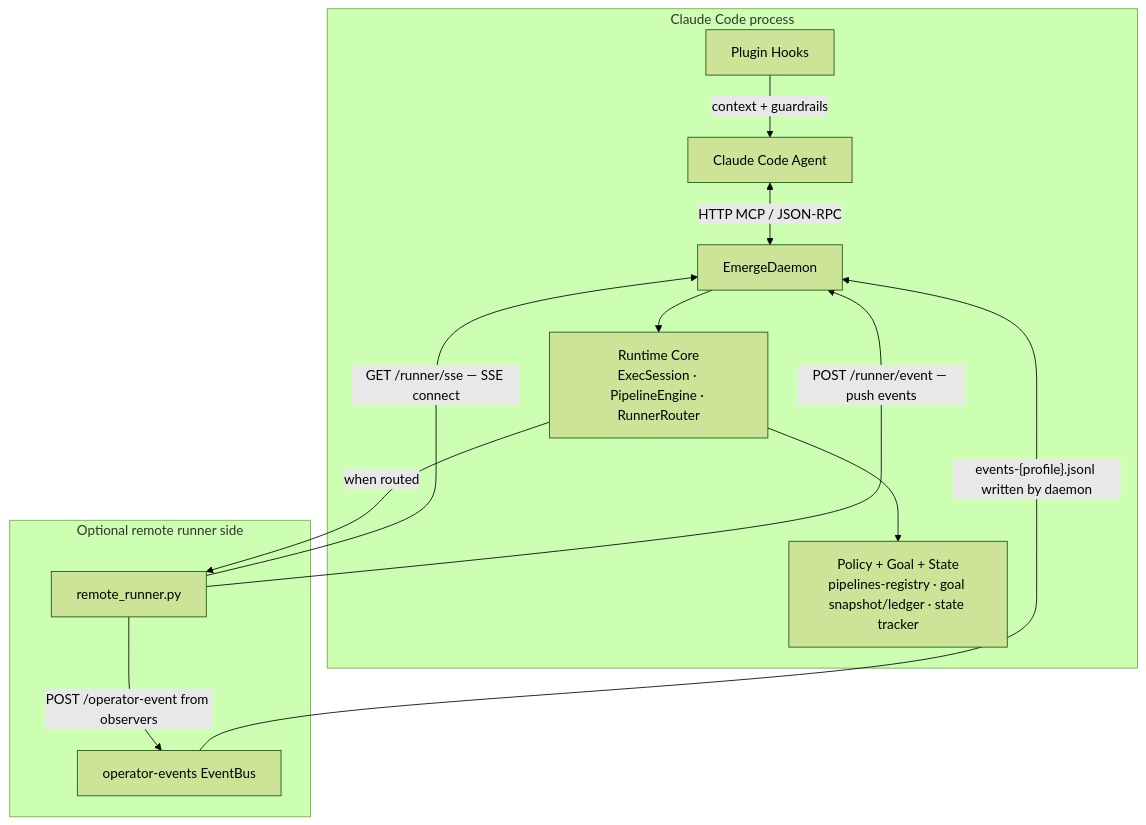
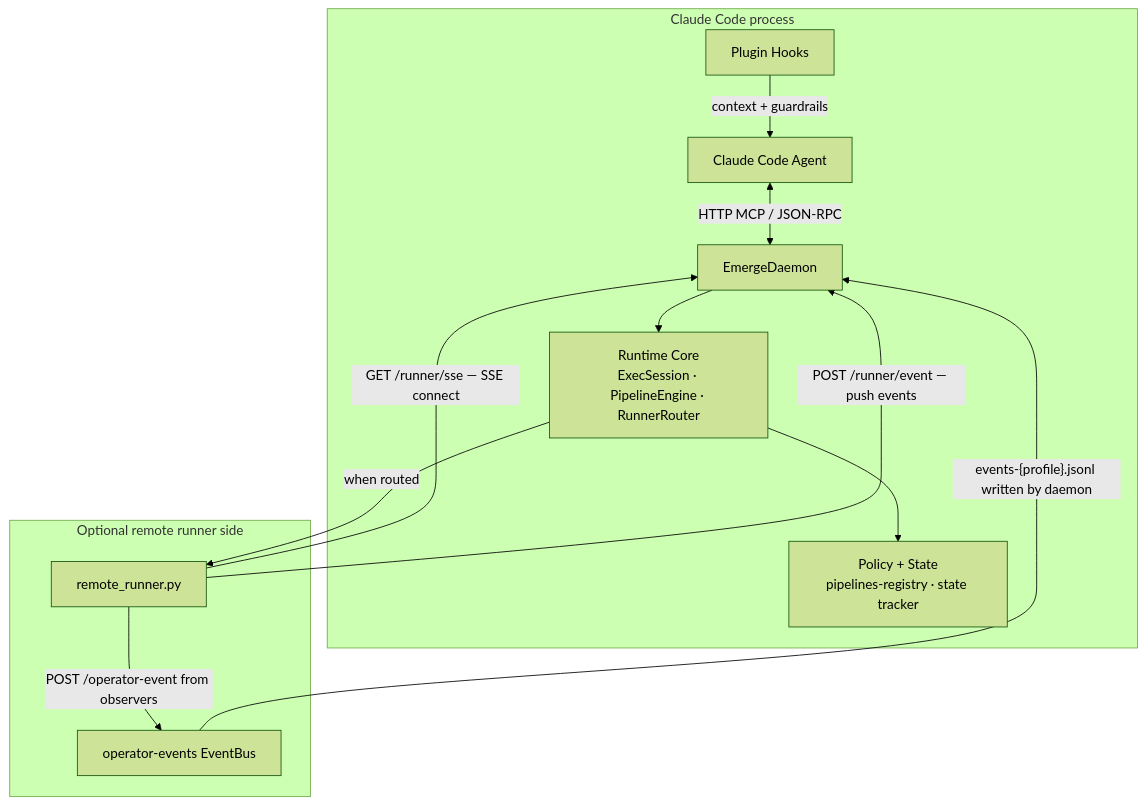
Before and after one commit to jianzhichun/emerge: the first of 4 diagrams in README.md, drawn with Mermaid (forest theme). The commit also changed other lines of this file and 59 other files, not shown here.

````diff
--- a/README.md
+++ b/README.md
@@ -23,25 +22,25 @@
 ```mermaid
 flowchart TB
   subgraph ccProcess [Claude Code process]
     CC[Claude Code Agent]
     HK[Plugin Hooks]
     DAEMON[EmergeDaemon]
     CORE[Runtime Core<br/>ExecSession · PipelineEngine · RunnerRouter]
-    POLICY[Policy + Goal + State<br/>pipelines-registry · goal snapshot/ledger · state tracker]
+    POLICY[Policy + State<br/>pipelines-registry · state tracker]
   end
 
   subgraph remoteSide [Optional remote runner side]
     RUNNER[remote_runner.py]
     EVENTBUS[operator-events EventBus]
   end
 
   CC <-->|HTTP MCP / JSON-RPC| DAEMON
   HK -->|context + guardrails| CC
   DAEMON --> CORE
   CORE --> POLICY
   CORE -->|when routed| RUNNER
   RUNNER -->|GET /runner/sse — SSE connect| DAEMON
   RUNNER -->|POST /runner/event — push events| DAEMON
   RUNNER -->|POST /operator-event from observers| EVENTBUS
   EVENTBUS -->|"events-{profile}.jsonl written by daemon"| DAEMON
 ```
````
